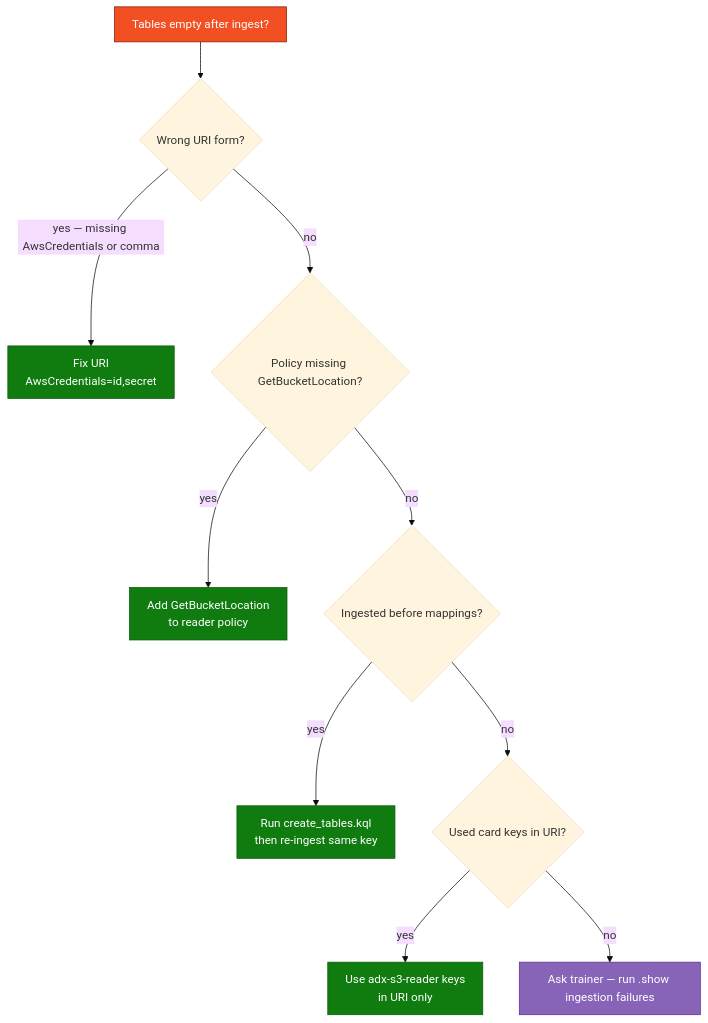
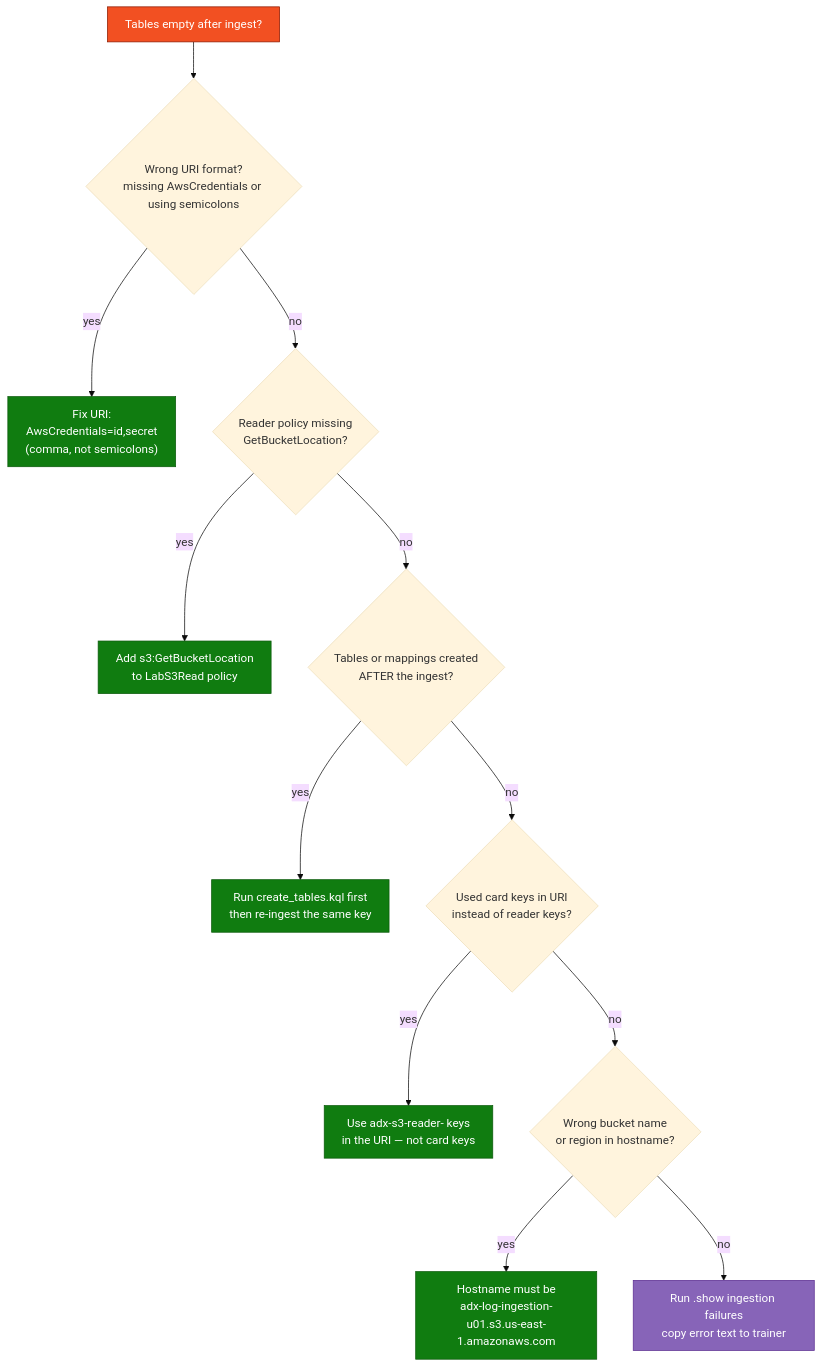
One commit to atingupta2005/adx-aws-training-aug-26 changed the third of 3 diagrams in Module_01_Amazon_S3/01_S3_to_ADX_Lab.md. Above: the diagram before and after it, drawn with Mermaid. The commit also changed other lines of this file and 6 other files, not shown here.

````diff
--- a/Module_01_Amazon_S3/01_S3_to_ADX_Lab.md
+++ b/Module_01_Amazon_S3/01_S3_to_ADX_Lab.md
@@ -142,19 +427,22 @@
 ```mermaid
 %%{init: {"theme":"base","flowchart":{"htmlLabels":true,"padding":12}}}%%
 flowchart TD
-  START["Tables empty after ingest?"] --> Q1{"Wrong URI form?"}
-  Q1 -->|"yes — missing AwsCredentials or comma"| FIX1["Fix URI<br/>AwsCredentials=id,secret"]
-  Q1 -->|no| Q2{"Policy missing GetBucketLocation?"}
-  Q2 -->|yes| FIX2["Add GetBucketLocation<br/>to reader policy"]
-  Q2 -->|no| Q3{"Ingested before mappings?"}
-  Q3 -->|yes| FIX3["Run create_tables.kql<br/>then re-ingest same key"]
-  Q3 -->|no| Q4{"Used card keys in URI?"}
-  Q4 -->|yes| FIX4["Use adx-s3-reader keys<br/>in URI only"]
-  Q4 -->|no| HELP["Ask trainer — run .show ingestion failures"]
+  START["Tables empty after ingest?"] --> Q1{"Wrong URI format?<br/>missing AwsCredentials or using semicolons"}
+  Q1 -->|yes| FIX1["Fix URI:<br/>AwsCredentials=id,secret<br/>(comma, not semicolons)"]
+  Q1 -->|no| Q2{"Reader policy missing<br/>GetBucketLocation?"}
+  Q2 -->|yes| FIX2["Add s3:GetBucketLocation<br/>to LabS3Read policy"]
+  Q2 -->|no| Q3{"Tables or mappings created<br/>AFTER the ingest?"}
+  Q3 -->|yes| FIX3["Run create_tables.kql first<br/>then re-ingest the same key"]
+  Q3 -->|no| Q4{"Used card keys in URI<br/>instead of reader keys?"}
+  Q4 -->|yes| FIX4["Use adx-s3-reader-<login> keys<br/>in the URI — not card keys"]
+  Q4 -->|no| Q5{"Wrong bucket name<br/>or region in hostname?"}
+  Q5 -->|yes| FIX5["Hostname must be<br/>adx-log-ingestion-u01.s3.us-east-1.amazonaws.com"]
+  Q5 -->|no| HELP["Run .show ingestion failures<br/>copy error text to trainer"]
   style START fill:#F25022,stroke:#8B1A00,color:#fff
   style FIX1 fill:#107C10,stroke:#0B5A0B,color:#fff
   style FIX2 fill:#107C10,stroke:#0B5A0B,color:#fff
   style FIX3 fill:#107C10,stroke:#0B5A0B,color:#fff
   style FIX4 fill:#107C10,stroke:#0B5A0B,color:#fff
+  style FIX5 fill:#107C10,stroke:#0B5A0B,color:#fff
   style HELP fill:#8764B8,stroke:#5C2D91,color:#fff
 ```
````
